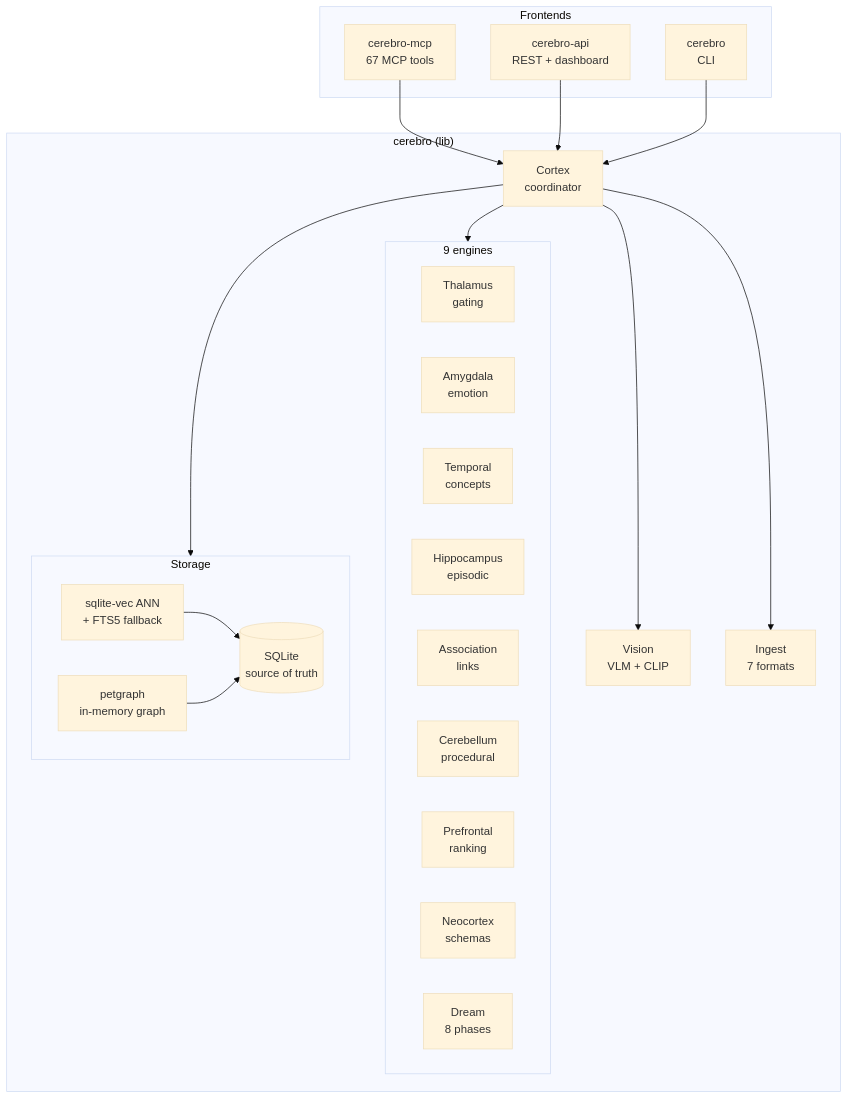
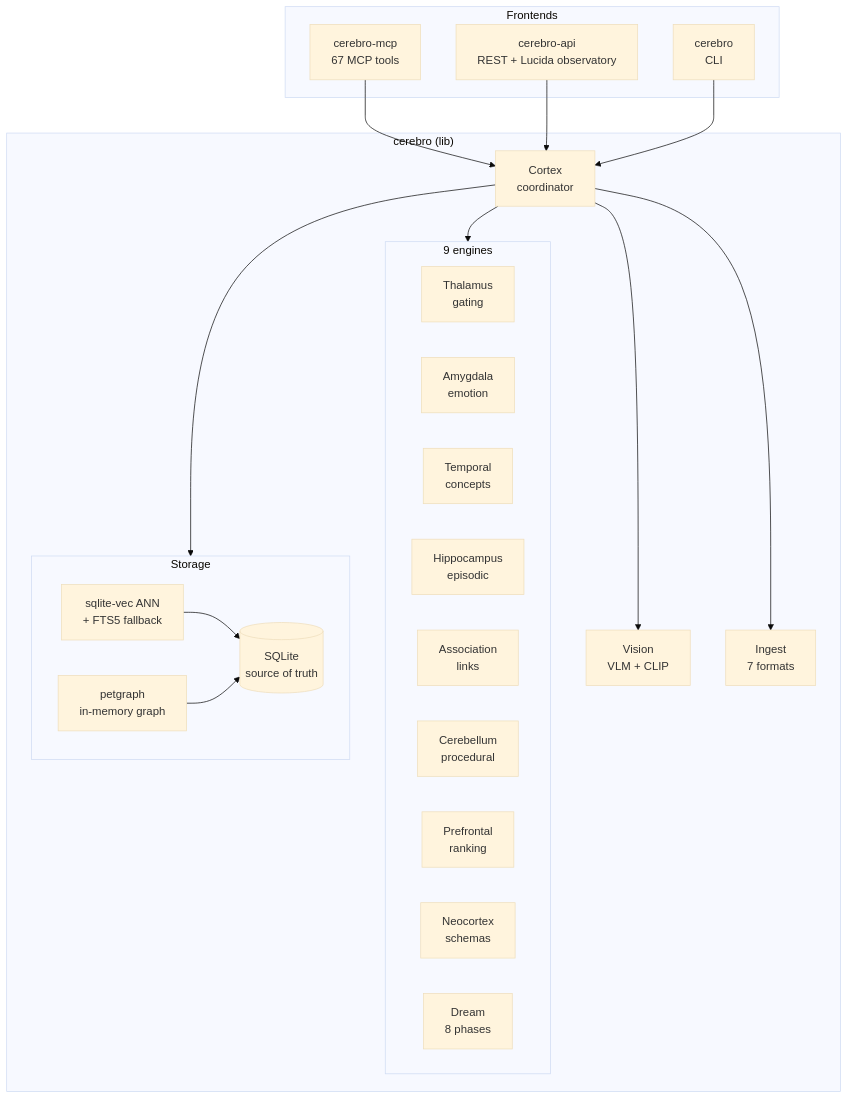
The first of 6 diagrams in README.md (buckster123/CerebroCortex-RS), drawn with Mermaid (base theme) before and after one commit. The commit also changed other lines of this file and 2 other files, not shown here.

First line of the commit message:
docs: wrap sweep — the Lucida arc compressed to one note, the backlog consolidated

````diff
--- a/README.md
+++ b/README.md
@@ -124,40 +124,40 @@
 ```mermaid
 graph TB
     subgraph Frontends
         MCP[cerebro-mcp<br/>67 MCP tools]
-        API[cerebro-api<br/>REST + dashboard]
+        API[cerebro-api<br/>REST + Lucida observatory]
         CLI[cerebro<br/>CLI]
     end
 
     subgraph Library["cerebro (lib)"]
         Cortex[Cortex<br/>coordinator]
         subgraph Engines["9 engines"]
             TH[Thalamus<br/>gating]
             AM[Amygdala<br/>emotion]
             TE[Temporal<br/>concepts]
             HI[Hippocampus<br/>episodic]
             AS[Association<br/>links]
             CB[Cerebellum<br/>procedural]
             PF[Prefrontal<br/>ranking]
             NC[Neocortex<br/>schemas]
             DR[Dream<br/>8 phases]
         end
         VI[Vision<br/>VLM + CLIP]
         IN[Ingest<br/>7 formats]
         subgraph Storage
             SQ[(SQLite<br/>source of truth)]
             VE[sqlite-vec ANN<br/>+ FTS5 fallback]
             GR[petgraph<br/>in-memory graph]
         end
     end
 
     MCP --> Cortex
     API --> Cortex
     CLI --> Cortex
     Cortex --> Engines
     Cortex --> VI
     Cortex --> IN
     Cortex --> Storage
     VE --> SQ
     GR --> SQ
 ```
````
